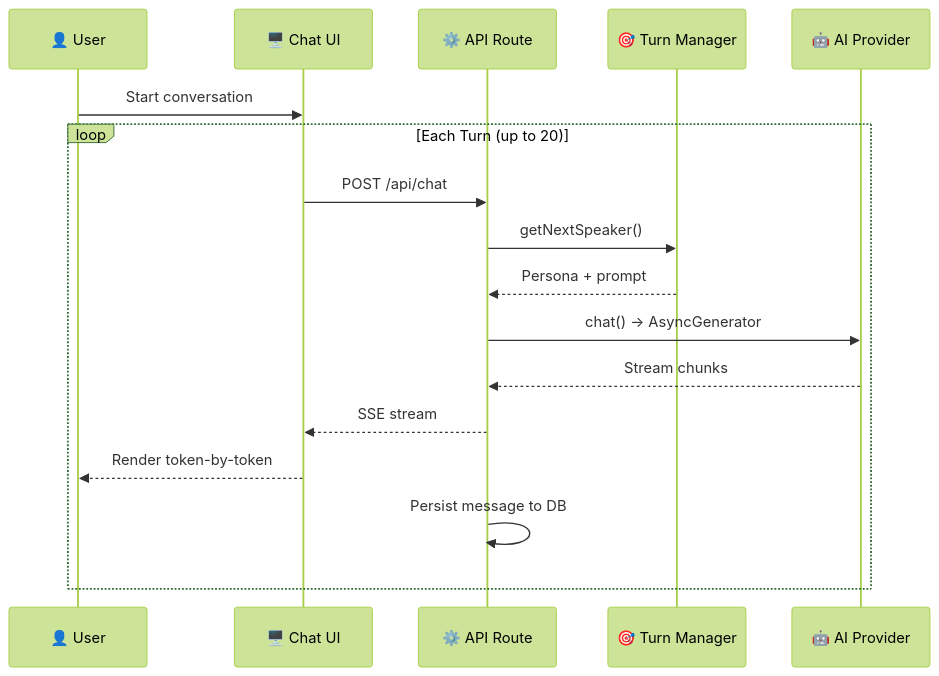
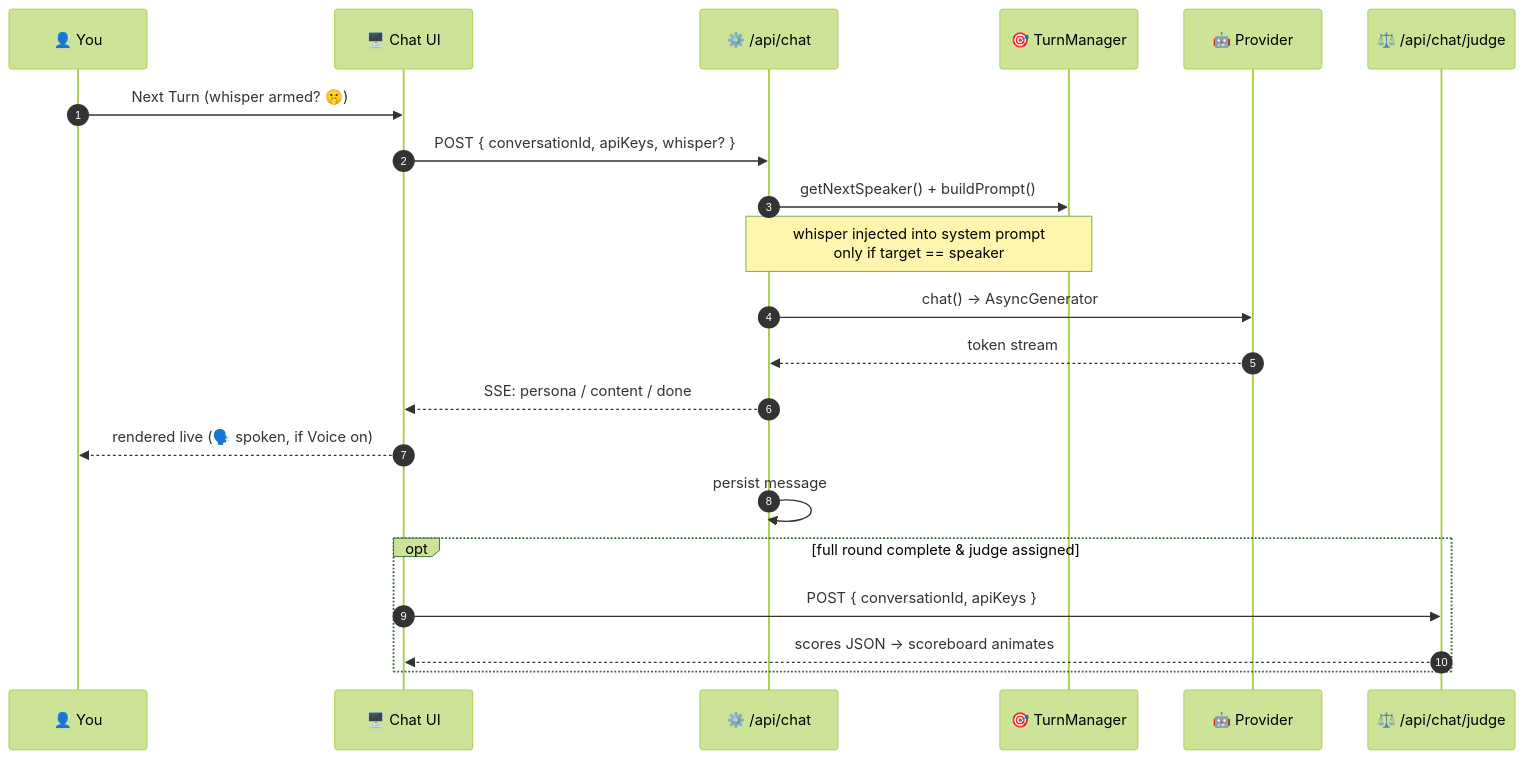
One commit to rustyorb/agent-arena changed the fourth of 9 diagrams in README.md. Above: the diagram before and after it, drawn with Mermaid (forest theme). The commit also changed other lines of this file and 1 other file, not shown here.

First line of the commit message:
Docs: max-flex README rewrite + CLAUDE.md architecture update

````diff
--- a/README.md
+++ b/README.md
@@ -135,20 +222,24 @@
 ```mermaid
 sequenceDiagram
-    participant U as 👤 User
+    autonumber
+    participant U as 👤 You
     participant UI as 🖥️ Chat UI
-    participant API as ⚙️ API Route
-    participant TM as 🎯 Turn Manager
-    participant P as 🤖 AI Provider
+    participant API as ⚙️ /api/chat
+    participant TM as 🎯 TurnManager
+    participant P as 🤖 Provider
+    participant J as ⚖️ /api/chat/judge
 
-    U->>UI: Start conversation
-    loop Each Turn (up to 20)
-        UI->>API: POST /api/chat
-        API->>TM: getNextSpeaker()
-        TM-->>API: Persona + prompt
-        API->>P: chat() → AsyncGenerator
-        P-->>API: Stream chunks
-        API-->>UI: SSE stream
-        UI-->>U: Render token-by-token
-        API->>API: Persist message to DB
+    U->>UI: Next Turn (whisper armed? 🤫)
+    UI->>API: POST { conversationId, apiKeys, whisper? }
+    API->>TM: getNextSpeaker() + buildPrompt()
+    Note over API,TM: whisper injected into system prompt<br/>only if target == speaker
+    API->>P: chat() → AsyncGenerator
+    P-->>API: token stream
+    API-->>UI: SSE: persona / content / done
+    UI-->>U: rendered live (🗣️ spoken, if Voice on)
+    API->>API: persist message
+    opt full round complete & judge assigned
+        UI->>J: POST { conversationId, apiKeys }
+        J-->>UI: scores JSON → scoreboard animates
     end
 ```
````
